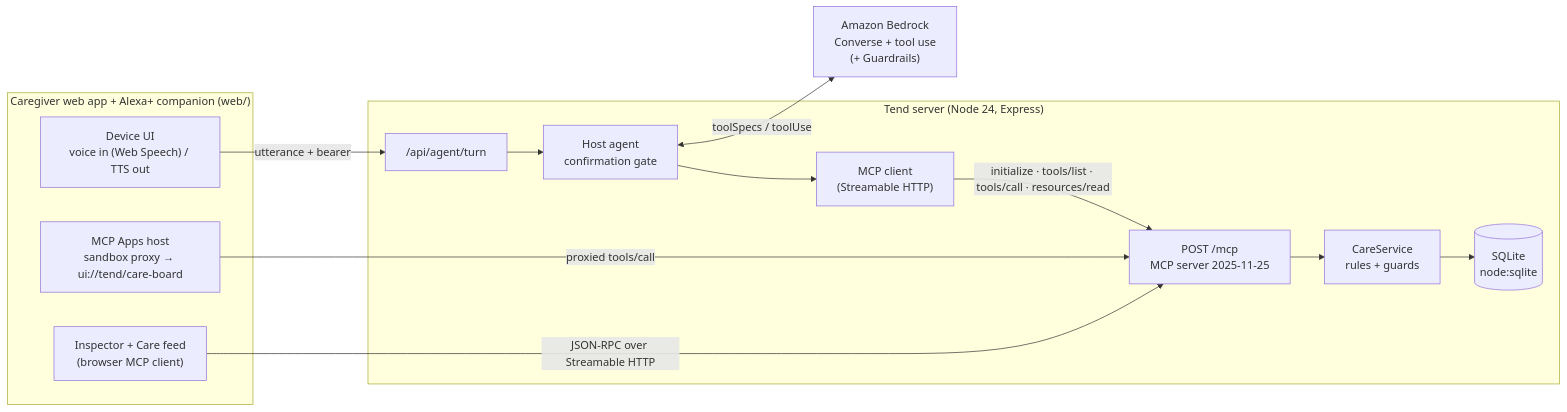
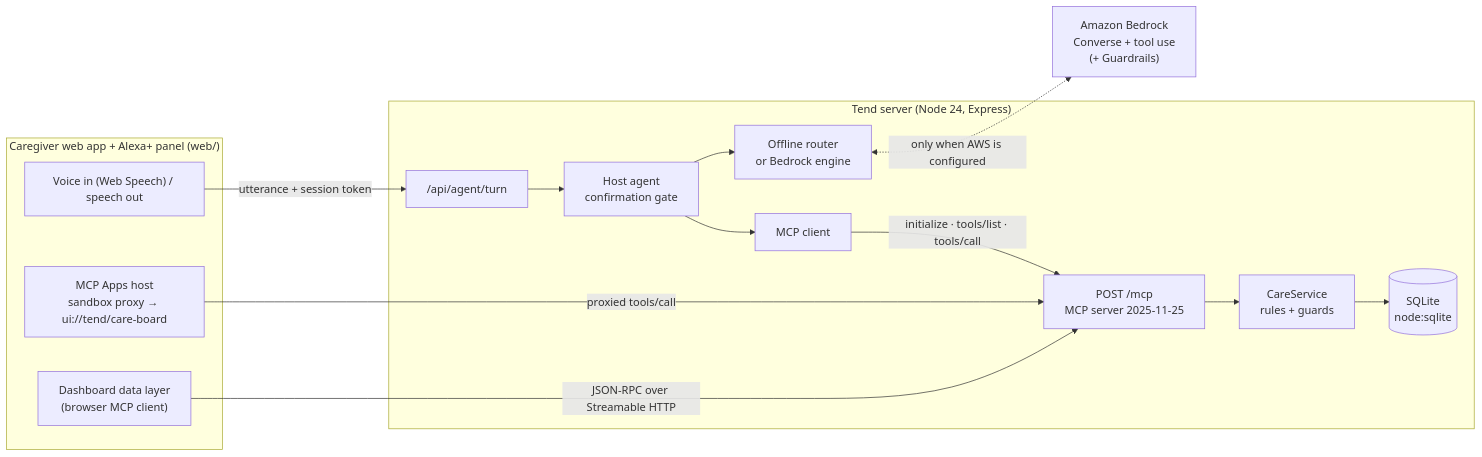
Before and after one commit to SaiPrasadx07/Tend-Care: the diagram in README.md, drawn with Mermaid. The commit also changed other lines of this file and 2 other files, not shown here.

````diff
--- a/README.md
+++ b/README.md
@@ -102,24 +135,25 @@
 ```mermaid
 flowchart LR
-  subgraph Browser["Caregiver web app + Alexa+ companion (web/)"]
-    UI["Device UI<br/>voice in (Web Speech) / TTS out"]
+  subgraph Browser["Caregiver web app + Alexa+ panel (web/)"]
+    UI["Voice in (Web Speech) / speech out"]
     Host["MCP Apps host<br/>sandbox proxy → ui://tend/care-board"]
-    Insp["Inspector + Care feed<br/>(browser MCP client)"]
+    Data["Dashboard data layer<br/>(browser MCP client)"]
   end
   subgraph Server["Tend server (Node 24, Express)"]
     API["/api/agent/turn"]
     Agent["Host agent<br/>confirmation gate"]
-    MCPC["MCP client<br/>(Streamable HTTP)"]
+    Engine["Offline router<br/>or Bedrock engine"]
+    MCPC["MCP client"]
     MCP["POST /mcp<br/>MCP server 2025-11-25"]
     Care["CareService<br/>rules + guards"]
     DB[("SQLite<br/>node:sqlite")]
   end
   Bedrock["Amazon Bedrock<br/>Converse + tool use<br/>(+ Guardrails)"]
 
-  UI -- "utterance + bearer" --> API --> Agent
-  Agent <-- "toolSpecs / toolUse" --> Bedrock
-  Agent --> MCPC -- "initialize · tools/list · tools/call · resources/read" --> MCP
-  Insp -- "JSON-RPC over Streamable HTTP" --> MCP
+  UI -- "utterance + session token" --> API --> Agent --> Engine
+  Engine <-. "only when AWS is configured" .-> Bedrock
+  Agent --> MCPC -- "initialize · tools/list · tools/call" --> MCP
+  Data -- "JSON-RPC over Streamable HTTP" --> MCP
   Host -- "proxied tools/call" --> MCP
   MCP --> Care --> DB
 ```
````
